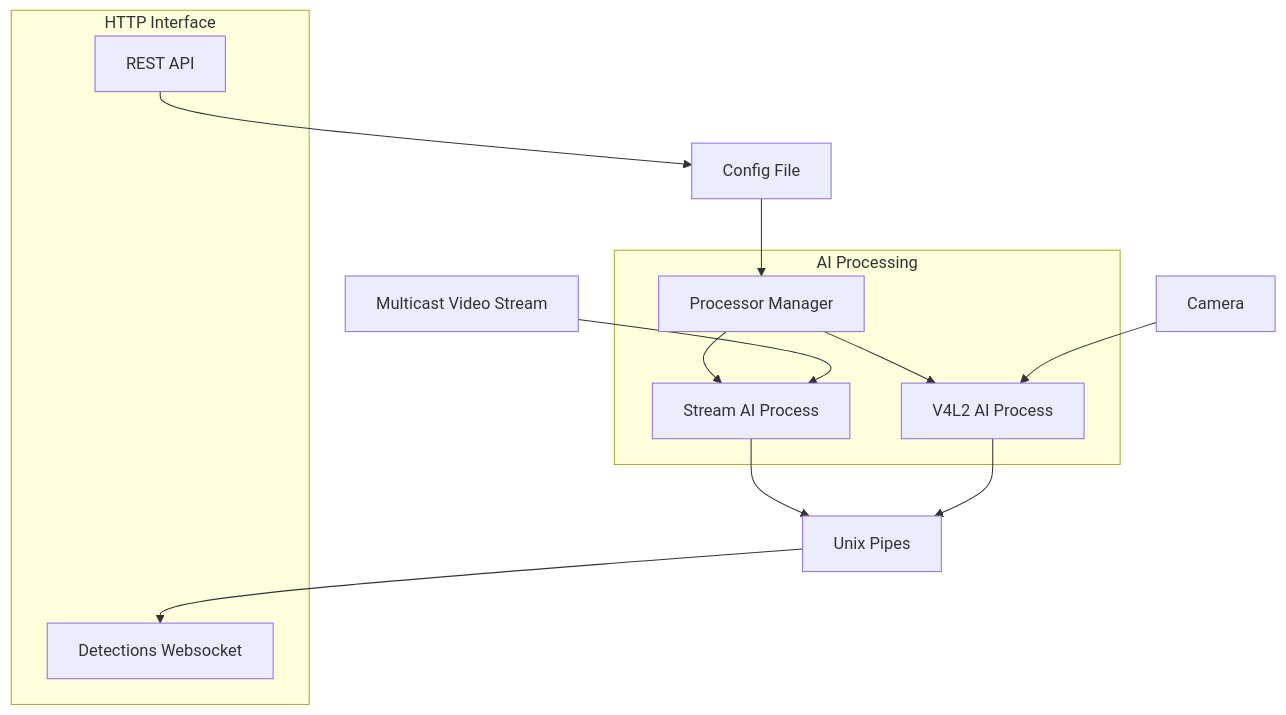
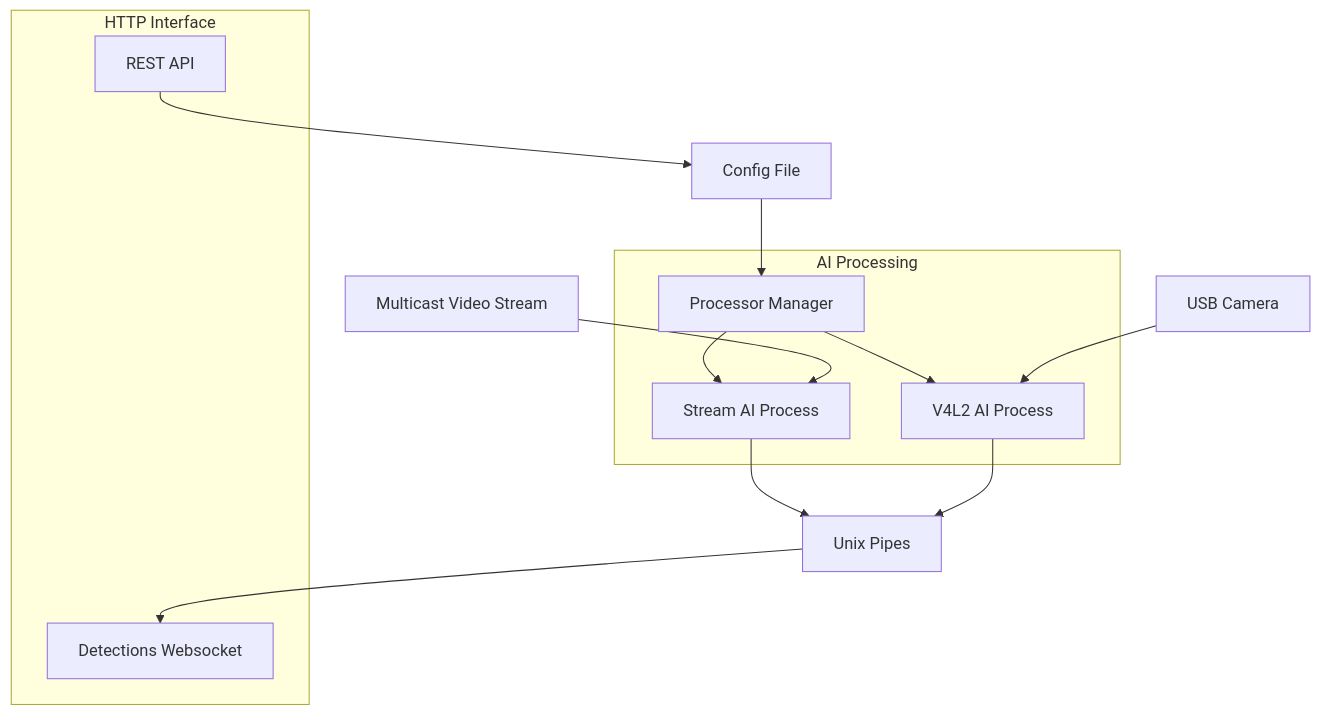
Before and after one commit to spider-gazelle/edge-ai: the diagram in README.md, drawn with Mermaid.

Commit message:
chore(README.md): specify the camera type

````diff
--- a/README.md
+++ b/README.md
@@ -5,26 +5,26 @@
 ```mermaid
 graph TD;
     subgraph AI Processing
         ProcessorManager["Processor Manager"]
         V4L2["V4L2 AI Process"]
         BroadcastStream["Stream AI Process"]
     end
     UnixPipe["Unix Pipes"]
     Config["Config File"]
     subgraph HTTPService["HTTP Interface"]
         RestAPI["REST API"]
         Websocket["Detections Websocket"]
     end
-    Camera
+    Camera["USB Camera"]
     Stream["Multicast Video Stream"]
 
     ProcessorManager --> V4L2
     ProcessorManager --> BroadcastStream
     BroadcastStream --> UnixPipe
     V4L2 --> UnixPipe
     UnixPipe --> Websocket
     RestAPI --> Config
     Config --> ProcessorManager
     Camera --> V4L2
     Stream --> BroadcastStream
 ```
````
